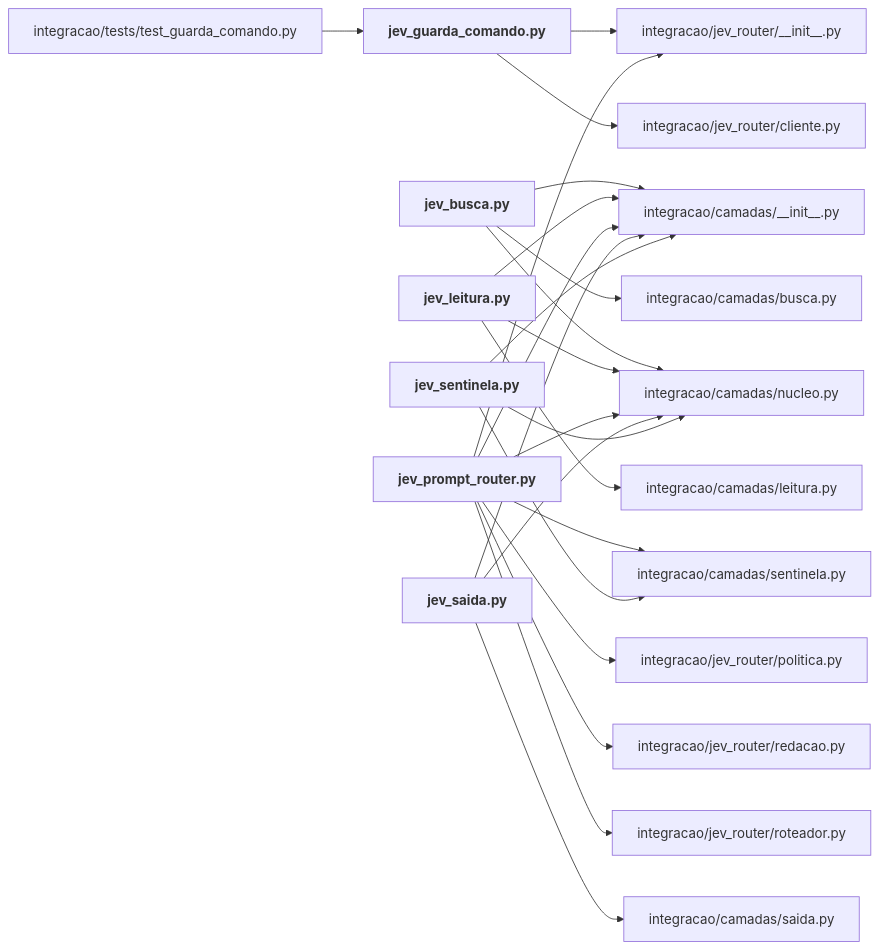
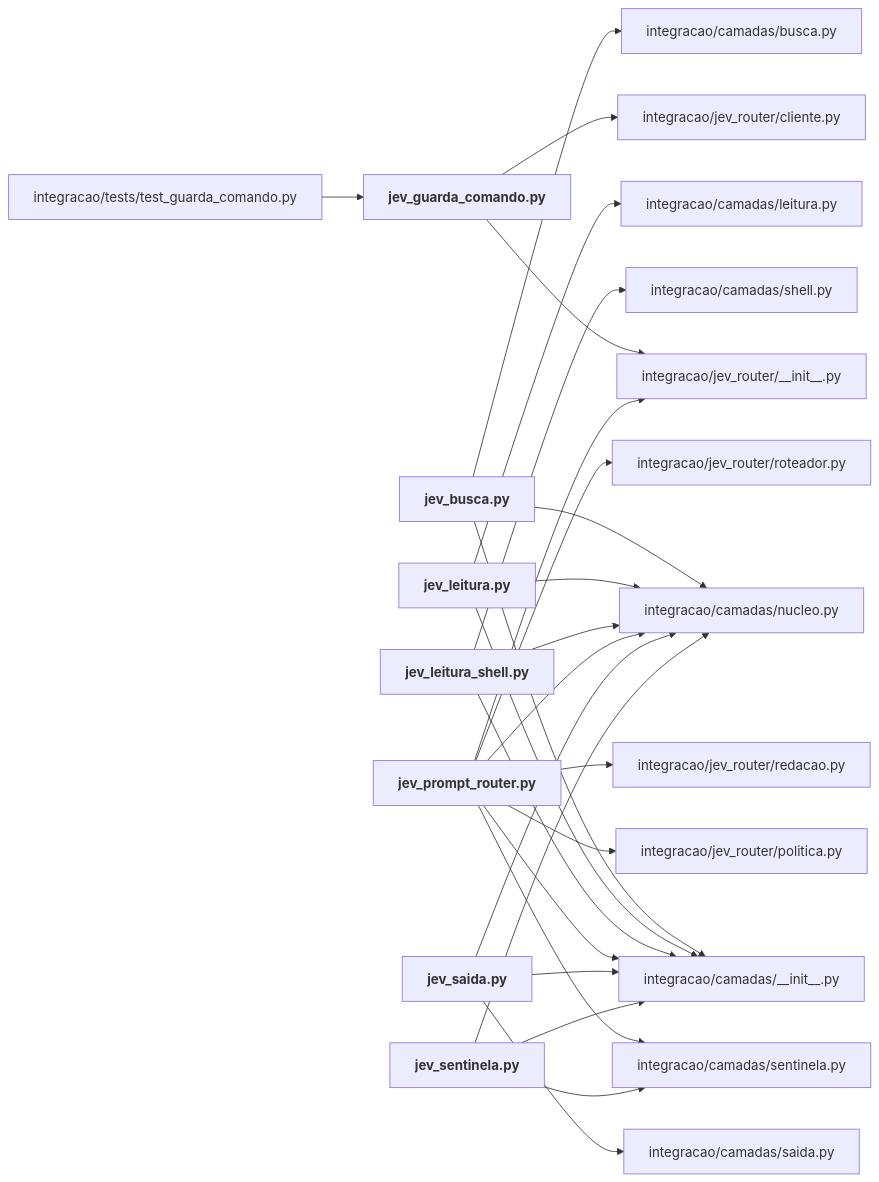
Before and after one commit to igormorais123/JEV: the diagram in mapa/pastas/integracao__hooks.md, drawn with Mermaid. The commit also changed other lines of this file and 47 other files, not shown here.

````diff
--- a/mapa/pastas/integracao__hooks.md
+++ b/mapa/pastas/integracao__hooks.md
@@ -22,43 +23,48 @@
 ```mermaid
 flowchart LR
   n_integracao_camadas___init___py["integracao/camadas/__init__.py"]
   n_integracao_camadas_busca_py["integracao/camadas/busca.py"]
   n_integracao_camadas_leitura_py["integracao/camadas/leitura.py"]
   n_integracao_camadas_nucleo_py["integracao/camadas/nucleo.py"]
   n_integracao_camadas_saida_py["integracao/camadas/saida.py"]
   n_integracao_camadas_sentinela_py["integracao/camadas/sentinela.py"]
+  n_integracao_camadas_shell_py["integracao/camadas/shell.py"]
   n_integracao_hooks_jev_busca_py["<b>jev_busca.py</b>"]
   n_integracao_hooks_jev_guarda_comando_py["<b>jev_guarda_comando.py</b>"]
   n_integracao_hooks_jev_leitura_py["<b>jev_leitura.py</b>"]
+  n_integracao_hooks_jev_leitura_shell_py["<b>jev_leitura_shell.py</b>"]
   n_integracao_hooks_jev_prompt_router_py["<b>jev_prompt_router.py</b>"]
   n_integracao_hooks_jev_saida_py["<b>jev_saida.py</b>"]
   n_integracao_hooks_jev_sentinela_py["<b>jev_sentinela.py</b>"]
   n_integracao_jev_router___init___py["integracao/jev_router/__init__.py"]
   n_integracao_jev_router_cliente_py["integracao/jev_router/cliente.py"]
   n_integracao_jev_router_politica_py["integracao/jev_router/politica.py"]
   n_integracao_jev_router_redacao_py["integracao/jev_router/redacao.py"]
   n_integracao_jev_router_roteador_py["integracao/jev_router/roteador.py"]
   n_integracao_tests_test_guarda_comando_py["integracao/tests/test_guarda_comando.py"]
   n_integracao_hooks_jev_busca_py --> n_integracao_camadas___init___py
   n_integracao_hooks_jev_busca_py --> n_integracao_camadas_busca_py
   n_integracao_hooks_jev_busca_py --> n_integracao_camadas_nucleo_py
   n_integracao_hooks_jev_guarda_comando_py --> n_integracao_jev_router___init___py
   n_integracao_hooks_jev_guarda_comando_py --> n_integracao_jev_router_cliente_py
   n_integracao_hooks_jev_leitura_py --> n_integracao_camadas___init___py
   n_integracao_hooks_jev_leitura_py --> n_integracao_camadas_leitura_py
   n_integracao_hooks_jev_leitura_py --> n_integracao_camadas_nucleo_py
+  n_integracao_hooks_jev_leitura_shell_py --> n_integracao_camadas___init___py
+  n_integracao_hooks_jev_leitura_shell_py --> n_integracao_camadas_nucleo_py
+  n_integracao_hooks_jev_leitura_shell_py --> n_integracao_camadas_shell_py
   n_integracao_hooks_jev_prompt_router_py --> n_integracao_camadas___init___py
   n_integracao_hooks_jev_prompt_router_py --> n_integracao_camadas_nucleo_py
   n_integracao_hooks_jev_prompt_router_py --> n_integracao_camadas_sentinela_py
   n_integracao_hooks_jev_prompt_router_py --> n_integracao_jev_router___init___py
   n_integracao_hooks_jev_prompt_router_py --> n_integracao_jev_router_politica_py
   n_integracao_hooks_jev_prompt_router_py --> n_integracao_jev_router_redacao_py
   n_integracao_hooks_jev_prompt_router_py --> n_integracao_jev_router_roteador_py
   n_integracao_hooks_jev_saida_py --> n_integracao_camadas___init___py
   n_integracao_hooks_jev_saida_py --> n_integracao_camadas_nucleo_py
   n_integracao_hooks_jev_saida_py --> n_integracao_camadas_saida_py
   n_integracao_hooks_jev_sentinela_py --> n_integracao_camadas___init___py
   n_integracao_hooks_jev_sentinela_py --> n_integracao_camadas_nucleo_py
   n_integracao_hooks_jev_sentinela_py --> n_integracao_camadas_sentinela_py
   n_integracao_tests_test_guarda_comando_py --> n_integracao_hooks_jev_guarda_comando_py
 ```
````
